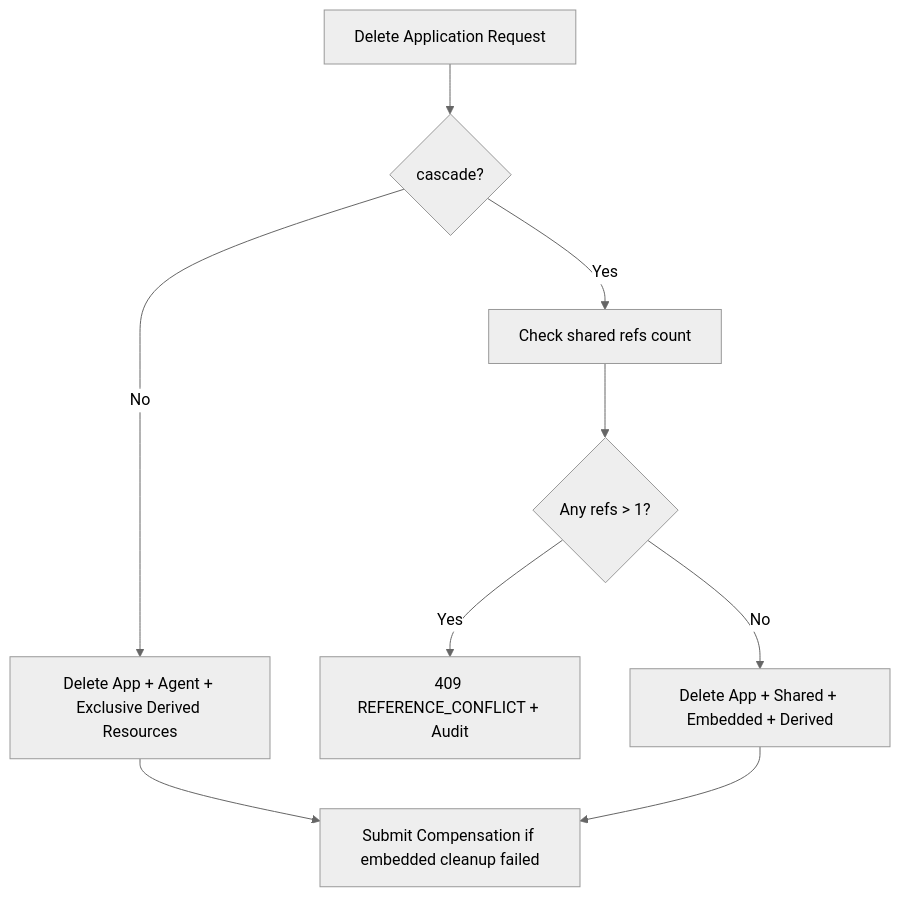
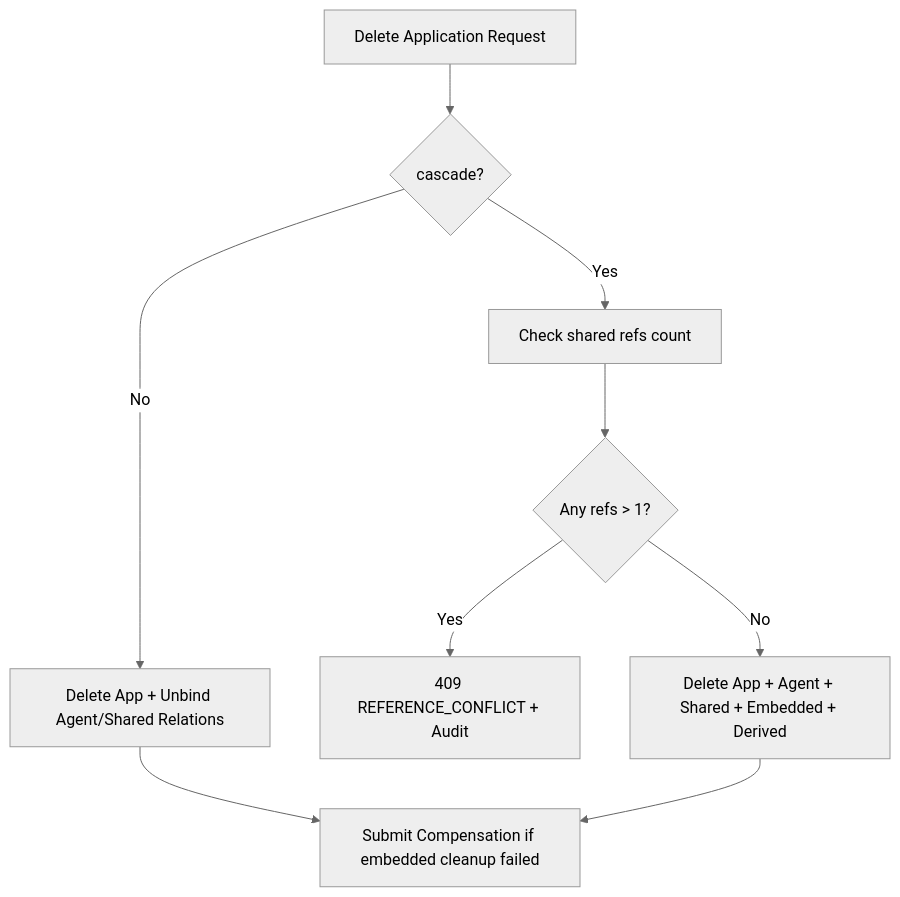
Before and after one commit to sentanl869/aether: diagram 22 of 24 in docs/design.md, drawn with Mermaid (neutral theme). The commit also changed other lines of this file, not shown here.

Commit message:
[UPDATE]Align design Mermaid diagrams with chapter semantics

````diff
--- a/docs/design.md
+++ b/docs/design.md
@@ -2755,11 +2755,11 @@
 ```mermaid
 flowchart TD
   A[Delete Application Request] --> B{cascade?}
-  B -- No --> C[Delete App + Agent + Exclusive Derived Resources]
+  B -- No --> C[Delete App + Unbind Agent/Shared Relations]
   B -- Yes --> D[Check shared refs count]
   D --> E{Any refs > 1?}
   E -- Yes --> F[409 REFERENCE_CONFLICT + Audit]
-  E -- No --> G[Delete App + Shared + Embedded + Derived]
+  E -- No --> G[Delete App + Agent + Shared + Embedded + Derived]
   C --> H[Submit Compensation if embedded cleanup failed]
   G --> H
 ```
````
